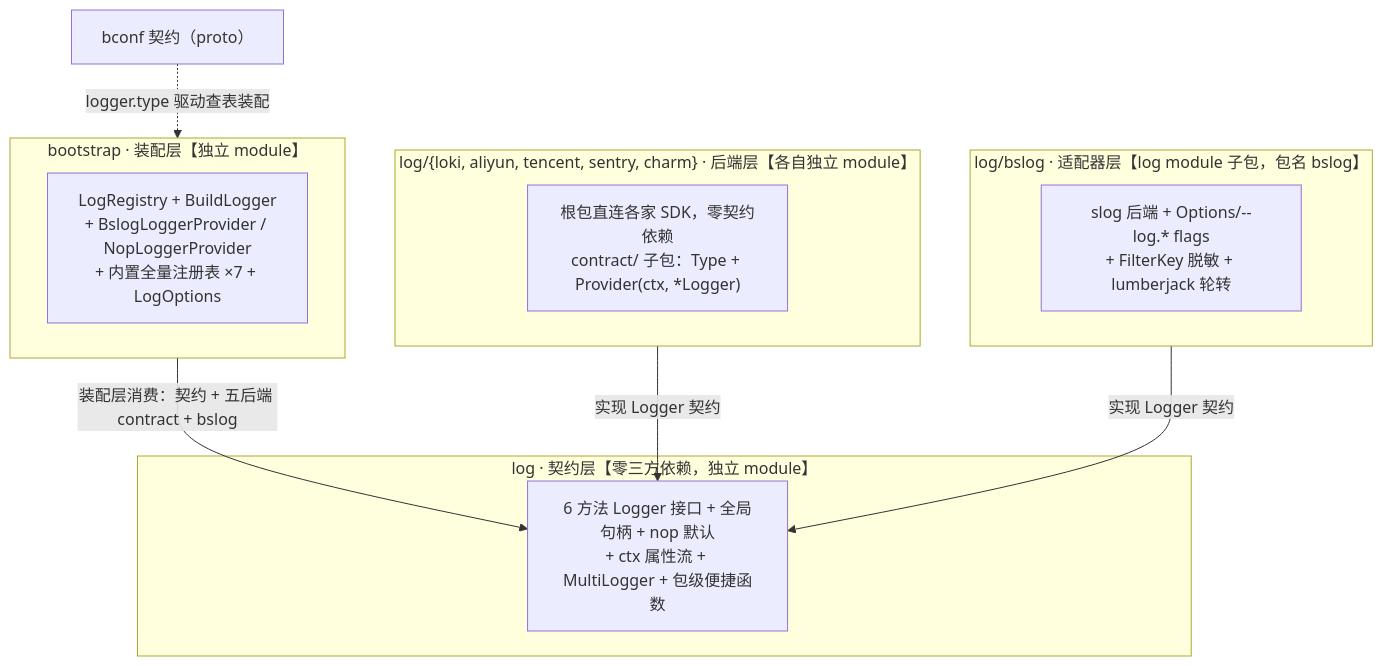
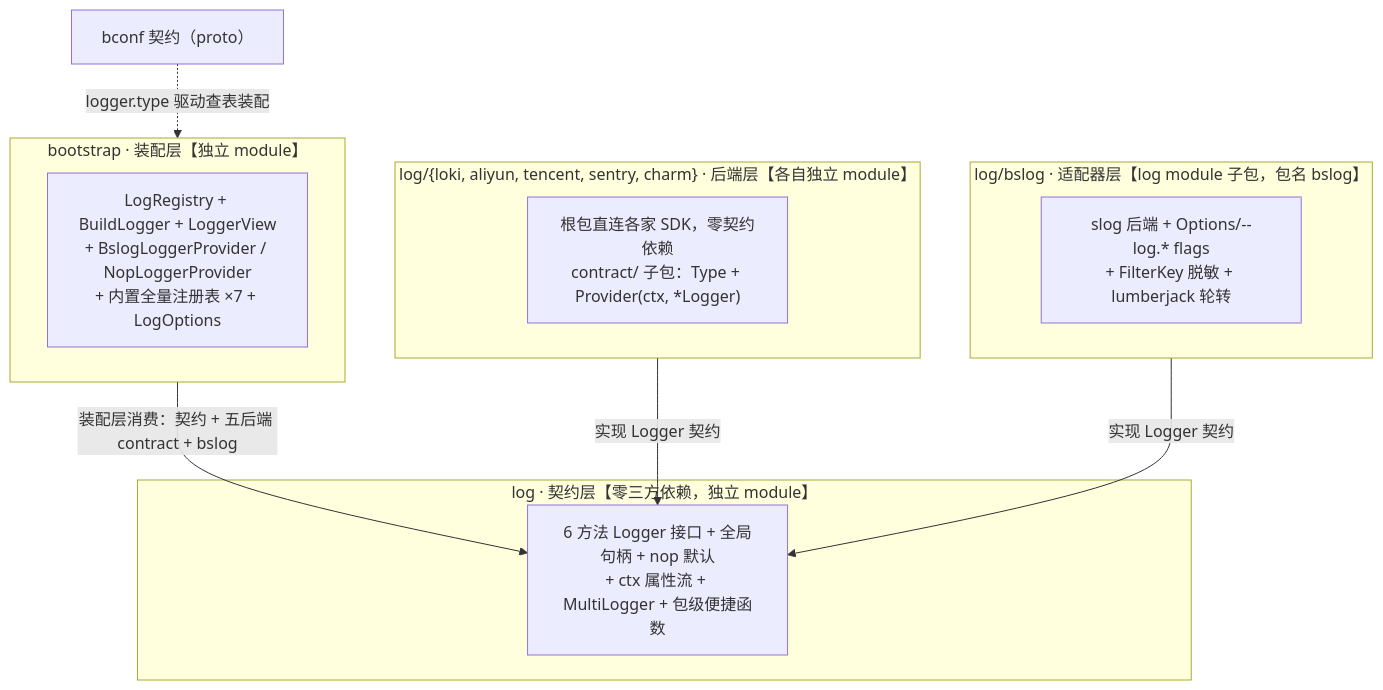
The diagram in docs/devel/zh-CN/Bald 日志设计.md (kalandramo/bald), drawn with Mermaid before and after one commit. The commit also changed other lines of this file, not shown here.

First line of the commit message:
docs(log): 复审文档对齐代码——四分派/父目录创建/版本号等六处修订

````diff
--- a/docs/devel/zh-CN/Bald 日志设计.md
+++ b/docs/devel/zh-CN/Bald 日志设计.md
@@ -32,25 +32,25 @@
 ```mermaid
 flowchart TB
     subgraph BOOT["bootstrap · 装配层【独立 module】"]
-        REG["LogRegistry + BuildLogger<br/>+ BslogLoggerProvider / NopLoggerProvider<br/>+ 内置全量注册表 ×7 + LogOptions"]
+        REG["LogRegistry + BuildLogger + LoggerView<br/>+ BslogLoggerProvider / NopLoggerProvider<br/>+ 内置全量注册表 ×7 + LogOptions"]
     end
 
     subgraph BACKEND["log/{loki, aliyun, tencent, sentry, charm} · 后端层【各自独立 module】"]
         BK["根包直连各家 SDK，零契约依赖<br/>contract/ 子包：Type + Provider(ctx, *Logger)"]
     end
 
     subgraph ADAPT["log/bslog · 适配器层【log module 子包，包名 bslog】"]
         BS["slog 后端 + Options/--log.* flags<br/>+ FilterKey 脱敏 + lumberjack 轮转"]
     end
 
     subgraph CORE["log · 契约层【零三方依赖，独立 module】"]
         LC["6 方法 Logger 接口 + 全局句柄 + nop 默认<br/>+ ctx 属性流 + MultiLogger + 包级便捷函数"]
     end
 
     BCONF["bconf 契约（proto）"]
 
     BOOT -->|"装配层消费：契约 + 五后端 contract + bslog"| LC
     BACKEND -->|"实现 Logger 契约"| LC
     ADAPT -->|"实现 Logger 契约"| LC
     BCONF -.->|"logger.type 驱动查表装配"| BOOT
 ```
````
